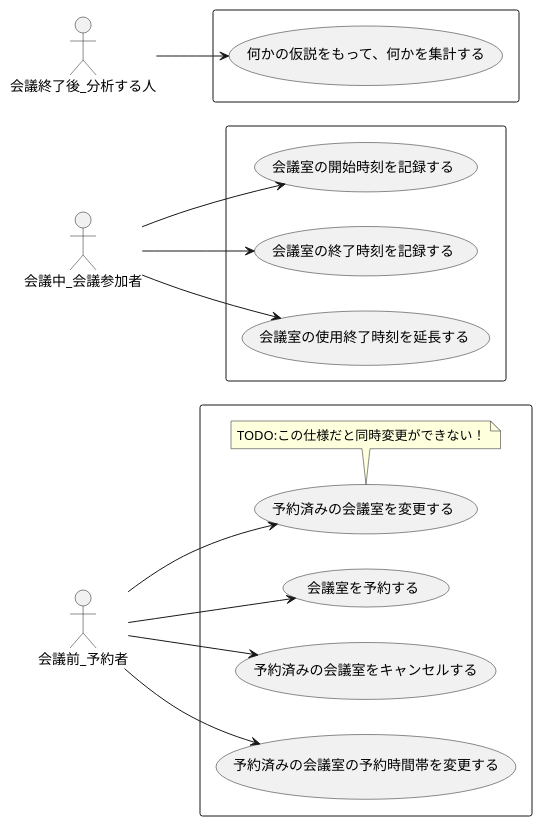
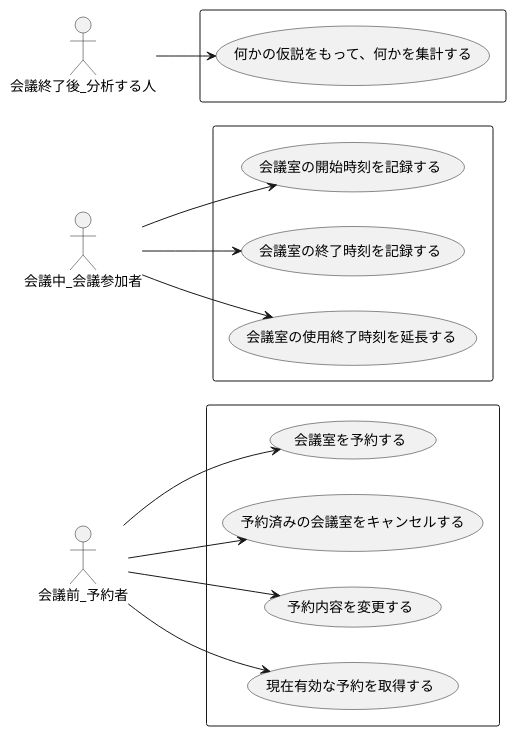
Before and after one commit to ModelingKai/meeting-room-python: the diagram in diagram/ユースケース.puml, drawn with PlantUML. The commit also changed 6 other files, not shown here.

First line of the commit message:
アプリケーションのフロー図を書いた。それに付随して、ユースケースとドメインモデルも変化した

```diff
--- a/diagram/ユースケース.puml
+++ b/diagram/ユースケース.puml
@@ -1,26 +1,25 @@
 @startuml
 left to right direction
 
 actor 会議前_予約者 as a1
 actor 会議中_会議参加者  as a3
 actor 会議終了後_分析する人 as a2
 
 rectangle {
     a1 --> (会議室を予約する)
     a1 --> (予約済みの会議室をキャンセルする)
-    a1 --> (予約済みの会議室を変更する)
-    note bottom: TODO:この仕様だと同時変更ができない！
-    a1 --> (予約済みの会議室の予約時間帯を変更する)
+    a1 --> (予約内容を変更する)
+    a1 --> (現在有効な予約を取得する)
 }
 
 rectangle {
     a2 --> (何かの仮説をもって、何かを集計する)
 }
 
 rectangle {
     a3 --> (会議室の開始時刻を記録する)
     a3 --> (会議室の終了時刻を記録する)
     a3 --> (会議室の使用終了時刻を延長する)
 }
 
 @enduml
```
